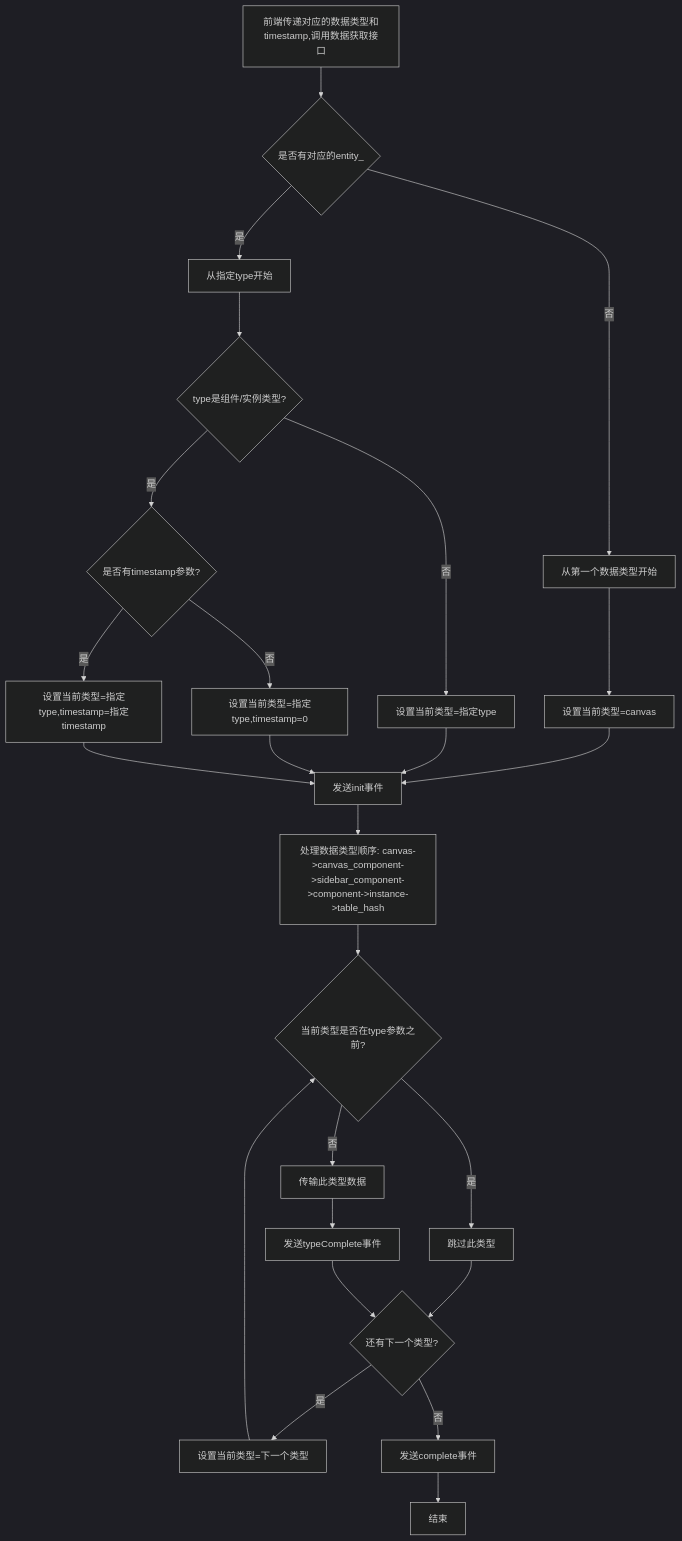
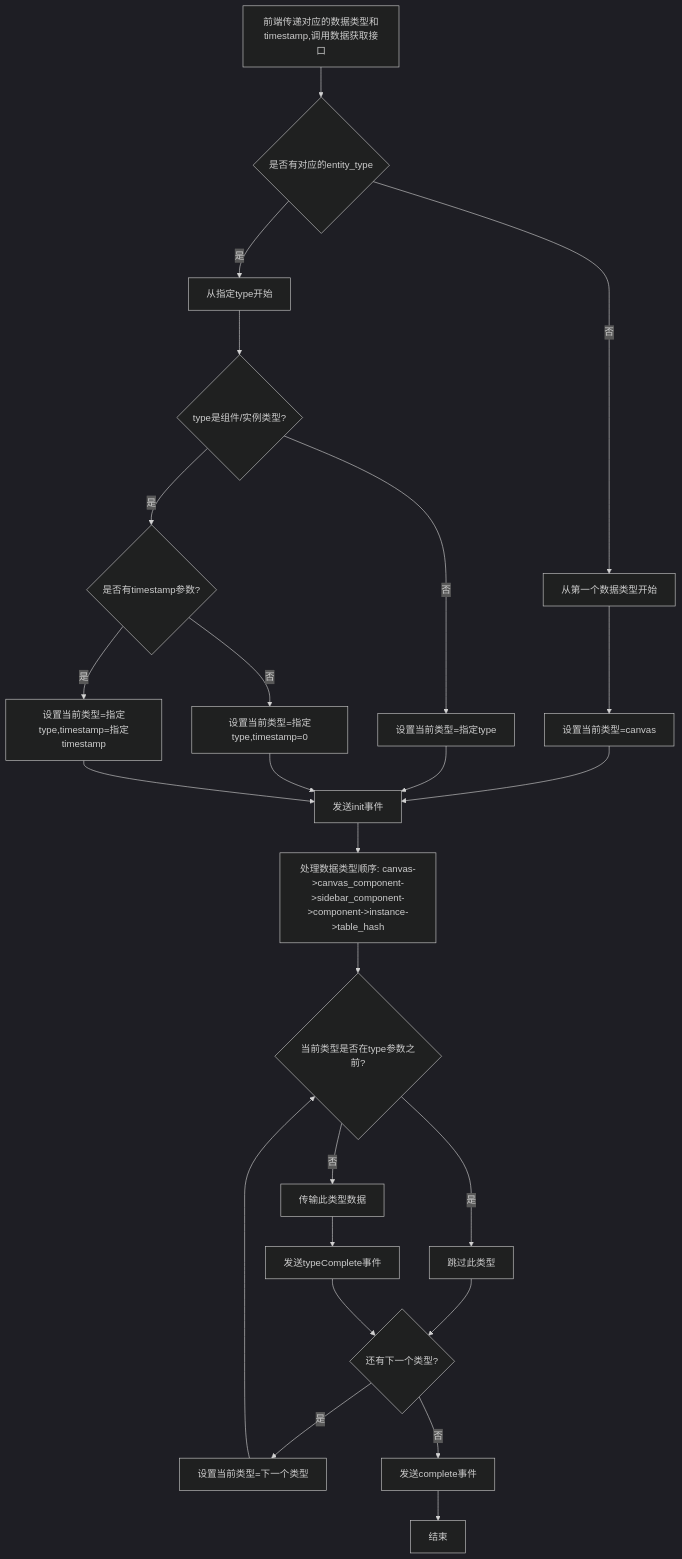
The diagram in all/未命名-59.md (yingjianzh/iodraw-files), drawn with Mermaid (dark theme) before and after one commit.

Commit message:
2025-05-14 15:30:37 update

````diff
--- a/all/未命名-59.md
+++ b/all/未命名-59.md
@@ -1,37 +1,39 @@
 ```mermaid
 flowchart TD
-    A[前端传递对应的数据类型和timestamp,调用数据获取接口] --> B{是否有对应的entity_}
+    A[前端传递对应的数据类型和timestamp,调用数据获取接口] --> B{是否有对应的entity_type}
+
+    
     
     B -->|否| C[从第一个数据类型开始]
     B -->|是| D[从指定type开始]
     
     C --> E[设置当前类型=canvas]
     D --> F{type是组件/实例类型?}
     
     F -->|否| G[设置当前类型=指定type]
     F -->|是| H{是否有timestamp参数?}
     
     H -->|否| I[设置当前类型=指定type,timestamp=0]
     H -->|是| J[设置当前类型=指定type,timestamp=指定timestamp]
     
     E --> K[发送init事件]
     G --> K
     I --> K
     J --> K
     
     K --> L[处理数据类型顺序: canvas->canvas_component->sidebar_component->component->instance->table_hash]
     
     L --> M{当前类型是否在type参数之前?}
     M -->|是| N[跳过此类型]
     M -->|否| O[传输此类型数据]
     
     N --> P{还有下一个类型?}
     O --> Q[发送typeComplete事件]
     Q --> P
     
     P -->|是| R[设置当前类型=下一个类型]
     P -->|否| S[发送complete事件]
     
     R --> M
     S --> T[结束]
 ```
````
